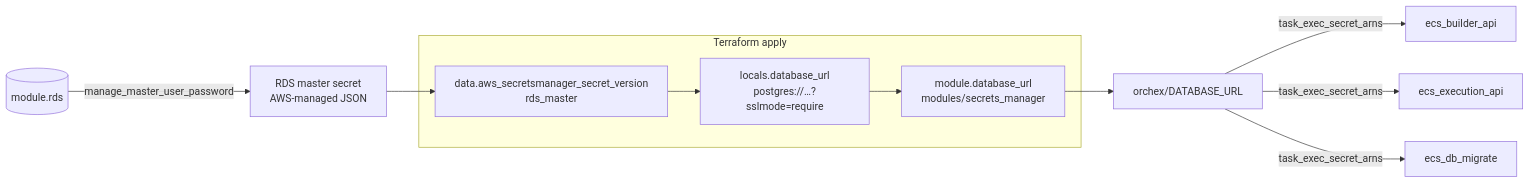
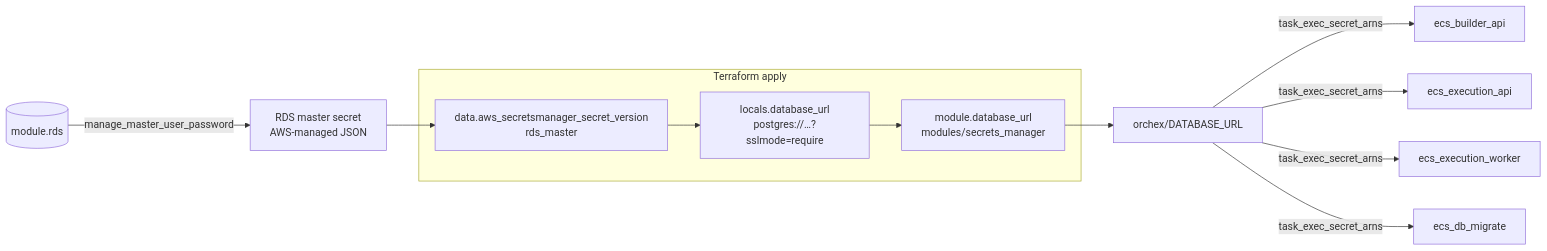
Before and after one commit to Nabhag8848/orchex: the second of 3 diagrams in infra/README.md, drawn with Mermaid. The commit also changed other lines of this file and 23 other files, not shown here.

First line of the commit message:
Add an execution worker that consumes SQS, with ElasticMQ locally and ECS in AWS.

````diff
--- a/infra/README.md
+++ b/infra/README.md
@@ -165,21 +184,22 @@
 ```mermaid
 flowchart LR
   subgraph tf["Terraform apply"]
     DS["data.aws_secretsmanager_secret_version<br/>rds_master"]
     LOC["locals.database_url<br/>postgres://…?sslmode=require"]
     MOD["module.database_url<br/>modules/secrets_manager"]
   end
 
   RDS[("module.rds")]
   MASTER["RDS master secret<br/>AWS-managed JSON"]
   APPURL["orchex/DATABASE_URL"]
 
   RDS -->|manage_master_user_password| MASTER
   MASTER --> DS
   DS --> LOC
   LOC --> MOD
   MOD --> APPURL
   APPURL -->|task_exec_secret_arns| API["ecs_builder_api"]
   APPURL -->|task_exec_secret_arns| EX["ecs_execution_api"]
+  APPURL -->|task_exec_secret_arns| WRK["ecs_execution_worker"]
   APPURL -->|task_exec_secret_arns| MIG["ecs_db_migrate"]
 ```
````
